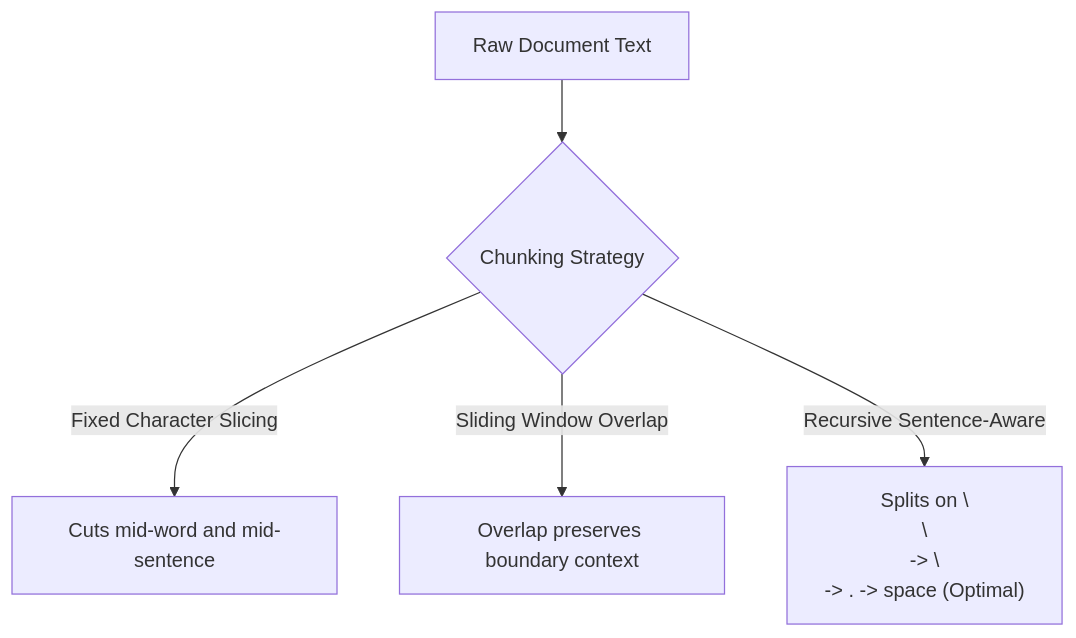
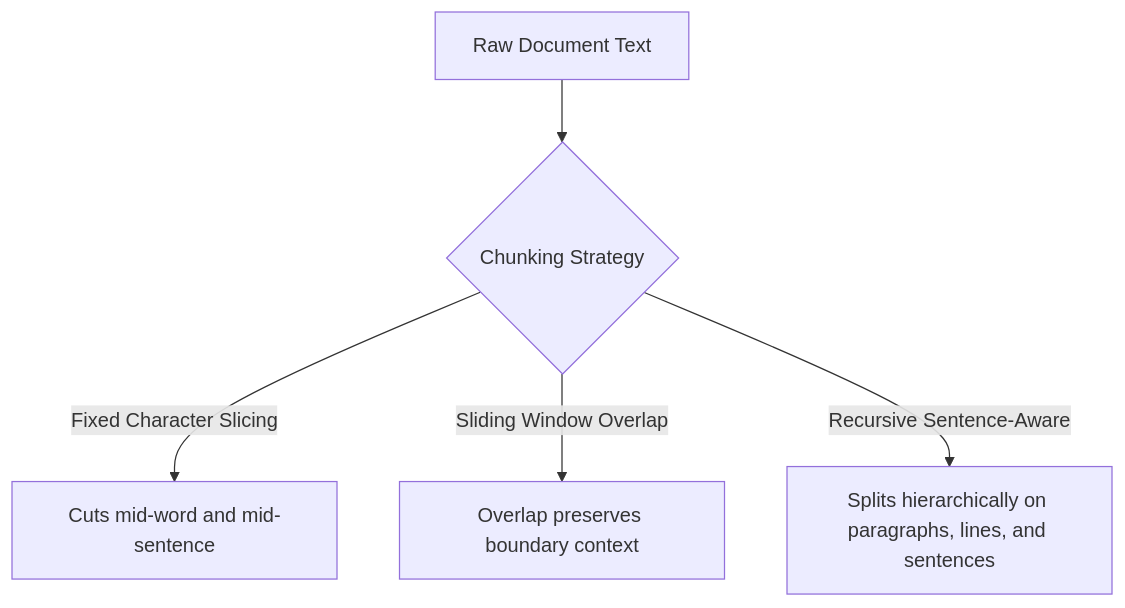
Before and after one commit to DileepWick/vector-doc-engine: the second of 3 diagrams in docs/architecture-and-learnings.md, drawn with Mermaid. The commit also changed other lines of this file and 5 other files, not shown here.

````diff
--- a/docs/architecture-and-learnings.md
+++ b/docs/architecture-and-learnings.md
@@ -43,7 +32,7 @@
 ```mermaid
 flowchart TD
     A[Raw Document Text] --> B{Chunking Strategy}
     B -->|Fixed Character Slicing| C["Cuts mid-word and mid-sentence"]
     B -->|Sliding Window Overlap| D["Overlap preserves boundary context"]
-    B -->|Recursive Sentence-Aware| E["Splits on \\n\\n -> \\n -> . -> space (Optimal)"]
+    B -->|Recursive Sentence-Aware| E["Splits hierarchically on paragraphs, lines, and sentences"]
 ```
````
